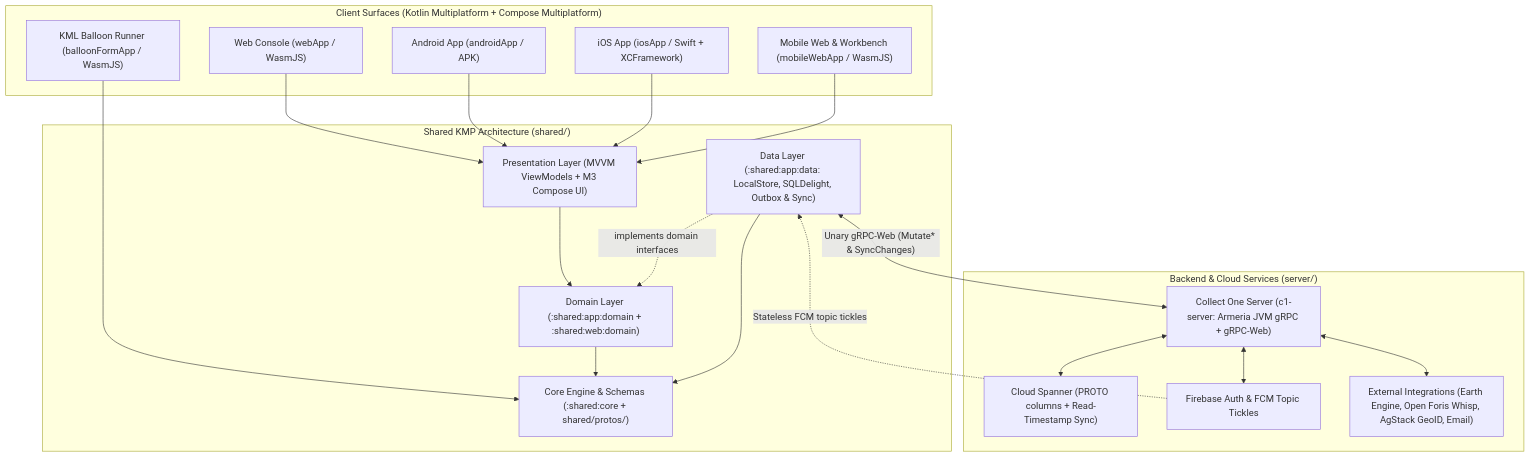
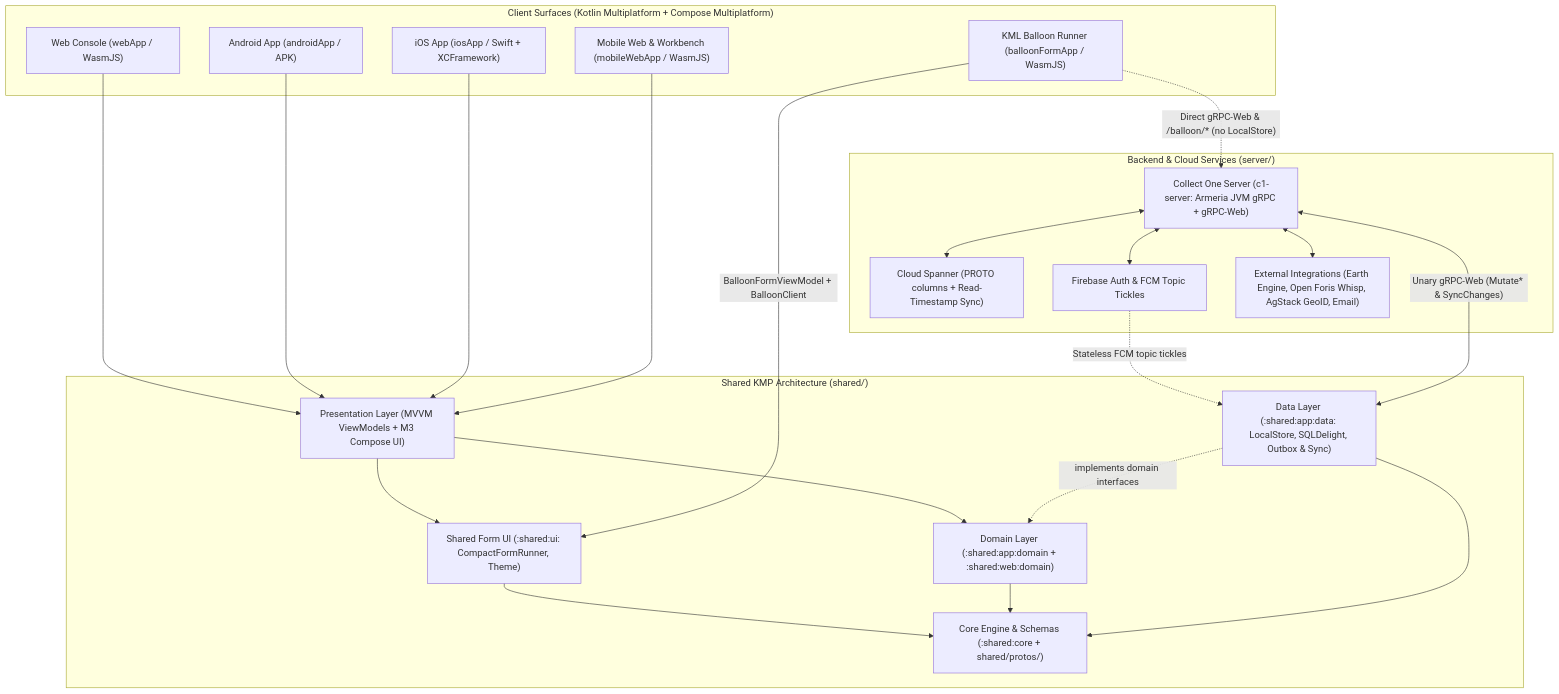
Before and after one commit to google/ground-platform: the second of 3 diagrams in docs/technical/onboarding.md, drawn with Mermaid. The commit also changed other lines of this file and 11 other files, not shown here.

Commit message:
refactor(balloon): adopt MVVM with BalloonFormViewModel and update onboarding docs

````diff
--- a/docs/technical/onboarding.md
+++ b/docs/technical/onboarding.md
@@ -97,35 +97,39 @@
 ```mermaid
 flowchart TD
   subgraph Clients["Client Surfaces (Kotlin Multiplatform + Compose Multiplatform)"]
     Web["Web Console (webApp / WasmJS)"]
     Android["Android App (androidApp / APK)"]
     IOS["iOS App (iosApp / Swift + XCFramework)"]
     MobWeb["Mobile Web & Workbench (mobileWebApp / WasmJS)"]
     Balloon["KML Balloon Runner (balloonFormApp / WasmJS)"]
   end
 
   subgraph Shared["Shared KMP Architecture (shared/)"]
     UI["Presentation Layer (MVVM ViewModels + M3 Compose UI)"]
+    SharedForms["Shared Form UI (:shared:ui: CompactFormRunner, Theme)"]
     Dom["Domain Layer (:shared:app:domain + :shared:web:domain)"]
     Data["Data Layer (:shared:app:data: LocalStore, SQLDelight, Outbox & Sync)"]
     Core["Core Engine & Schemas (:shared:core + shared/protos/)"]
   end
 
   subgraph Backend["Backend & Cloud Services (server/)"]
     Srv["Collect One Server (c1-server: Armeria JVM gRPC + gRPC-Web)"]
     Span["Cloud Spanner (PROTO columns + Read-Timestamp Sync)"]
     Auth["Firebase Auth & FCM Topic Tickles"]
     Geo["External Integrations (Earth Engine, Open Foris Whisp, AgStack GeoID, Email)"]
   end
 
   Web & Android & IOS & MobWeb --> UI
-  Balloon --> Core
+  UI --> SharedForms
   UI --> Dom
+  Balloon -->|"BalloonFormViewModel + BalloonClient"| SharedForms
+  Balloon -.->|"Direct gRPC-Web & /balloon/* (no LocalStore)"| Srv
+  SharedForms --> Core
   Data -.->|"implements domain interfaces"| Dom
   Dom & Data --> Core
   Data <-->|"Unary gRPC-Web (Mutate* & SyncChanges)"| Srv
   Auth -.->|"Stateless FCM topic tickles"| Data
   Srv <--> Span
   Srv <--> Auth
   Srv <--> Geo
 ```
````
